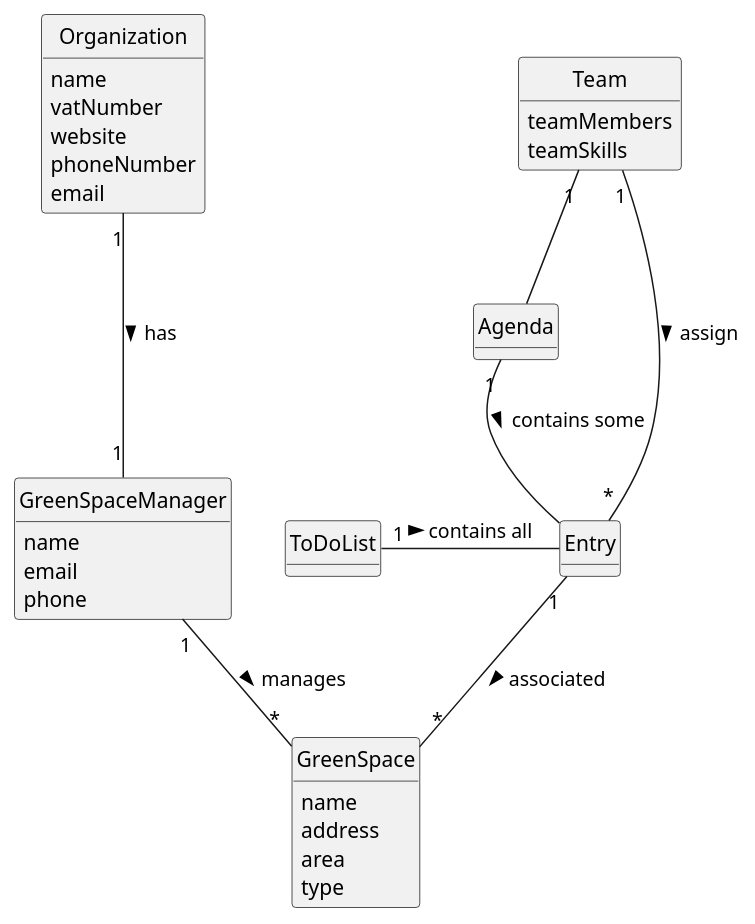
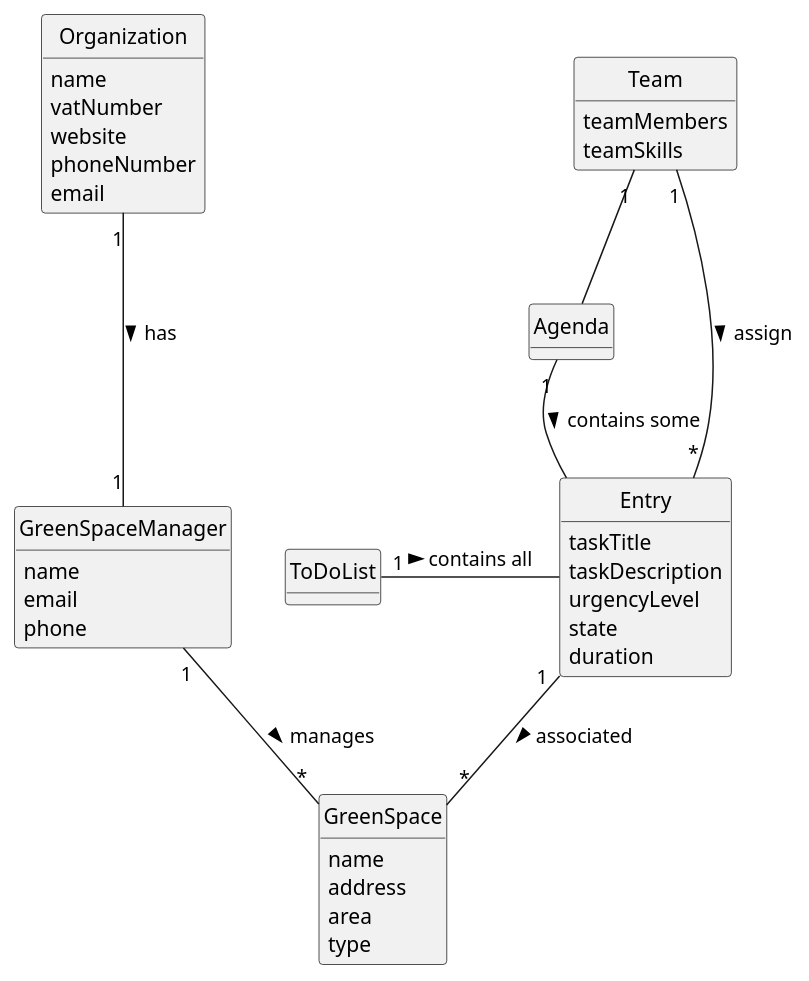
One commit to Departamento-de-Engenharia-Informatica/lei-24-s2-1dkl-g134 changed the diagram in docs/sprintC/us023/02.analysis/puml/us023-domain-model.puml. Above: the diagram before and after it, drawn with PlantUML.

Commit message:
US23- Analysis Final Update

```diff
--- a/docs/sprintC/us023/02.analysis/puml/us023-domain-model.puml
+++ b/docs/sprintC/us023/02.analysis/puml/us023-domain-model.puml
@@ -1,58 +1,61 @@
 @startuml
 skinparam monochrome true
 skinparam packageStyle rectangle
 skinparam shadowing false
-
 skinparam classAttributeIconSize 0
-
 hide circle
 hide methods
 
 
 class Organization {
     name
     vatNumber
     website
     phoneNumber
     email
 }
 
 class GreenSpace {
    name
    address
    area
    type
 }
 
 class Entry {
-
+  taskTitle
+  taskDescription
+  urgencyLevel
+  state
+  duration
 }
 
 class GreenSpaceManager {
     name
     email
     phone
 }
 
 class Agenda{
 
 }
 
 class ToDoList{
 
 }
+
 class Team{
-teamMembers
-teamSkills
+    teamMembers
+    teamSkills
 }
 
 
 
 Organization "1" --- "1" GreenSpaceManager : has >
 Entry "1" --"*" GreenSpace: associated >
 GreenSpaceManager "1" -- "*" GreenSpace : manages >
 ToDoList "1" -  Entry : contains all >
 Agenda "1" --  Entry : contains some >
 Team "1" - "*" Entry: assign >
 Team"1"-- Agenda
 @enduml
```
